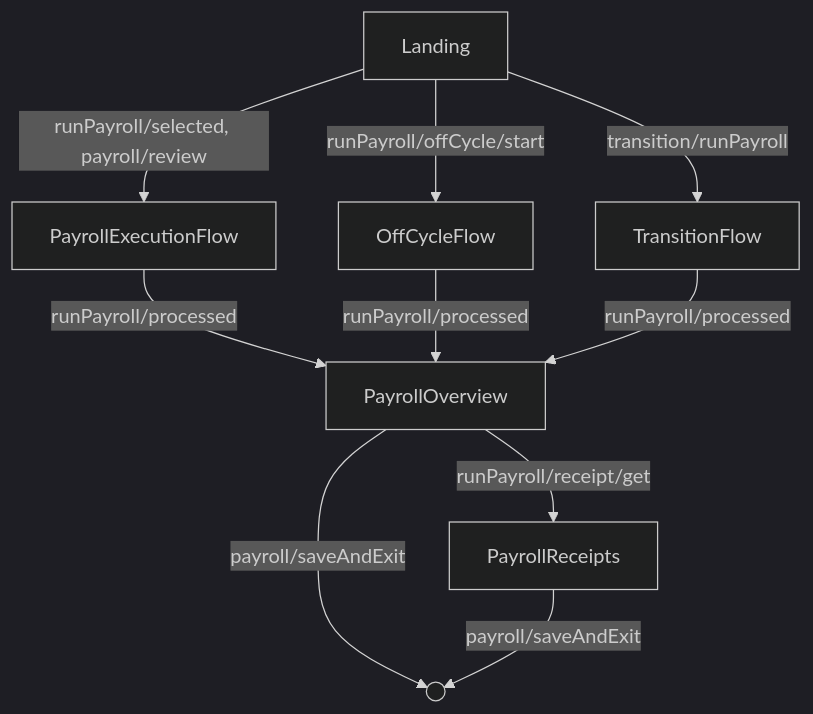
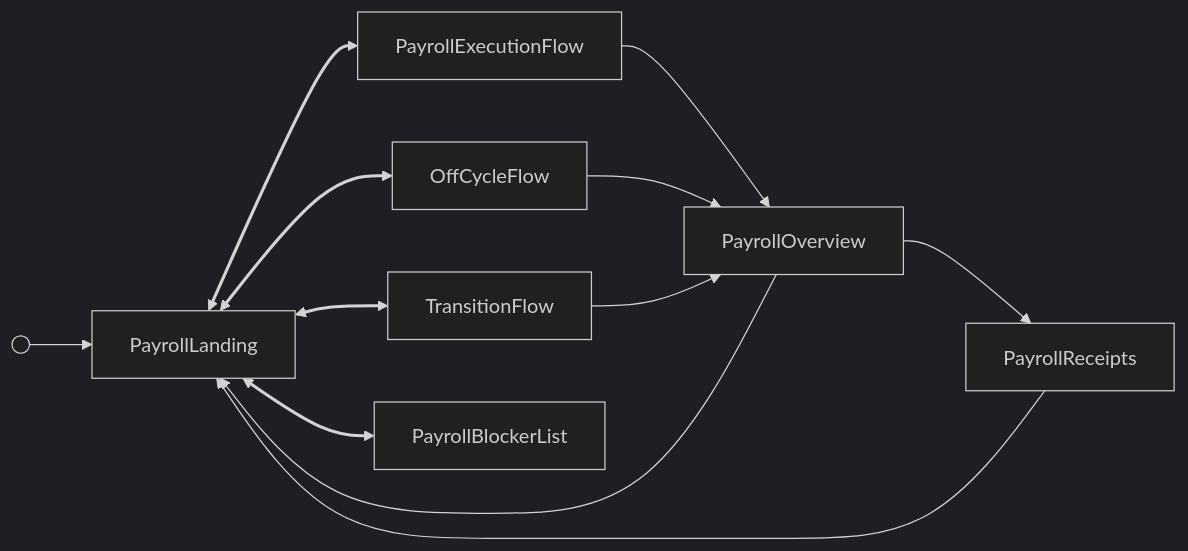
The diagram in docs/reference/payroll/payroll-flow.md (Gusto/embedded-react-sdk), drawn with Mermaid (dark theme) before and after one commit. The commit also changed other lines of this file and 8 other files, not shown here.

First line of the commit message:
docs(payroll,time-off): rebuild step diagrams as hub-and-spoke

````diff
--- a/docs/reference/payroll/payroll-flow.md
+++ b/docs/reference/payroll/payroll-flow.md
@@ -86,12 +82,18 @@
 ```mermaid
-flowchart
-  Landing -->|"runPayroll/selected, payroll/review"| Execution["PayrollExecutionFlow"]
-  Landing -->|"runPayroll/offCycle/start"| OffCycle["OffCycleFlow"]
-  Landing -->|"transition/runPayroll"| Transition["TransitionFlow"]
-  Execution -->|"runPayroll/processed"| SubmittedOverview["PayrollOverview"]
-  OffCycle -->|"runPayroll/processed"| SubmittedOverview
-  Transition -->|"runPayroll/processed"| SubmittedOverview
-  SubmittedOverview -->|"runPayroll/receipt/get"| SubmittedReceipts["PayrollReceipts"]
-  SubmittedOverview -->|"payroll/saveAndExit"| done(( ))
-  SubmittedReceipts -->|"payroll/saveAndExit"| done
+flowchart LR
+  start@{ shape: sm-circ } --> Landing["PayrollLanding"]
+  Landing <--> Execution["PayrollExecutionFlow"]
+  Landing <--> OffCycle["OffCycleFlow"]
+  Landing <--> Transition["TransitionFlow"]
+  Landing <--> Blockers["PayrollBlockerList"]
+  Execution --> SubmittedOverview["PayrollOverview"]
+  OffCycle --> SubmittedOverview
+  Transition --> SubmittedOverview
+  SubmittedOverview --> SubmittedReceipts["PayrollReceipts"]
+  SubmittedOverview --> Landing
+  SubmittedReceipts --> Landing
+  class Execution flow
+  class OffCycle flow
+  class Transition flow
+  linkStyle 1,2,3,4 stroke-width:2.5px
 ```
````
